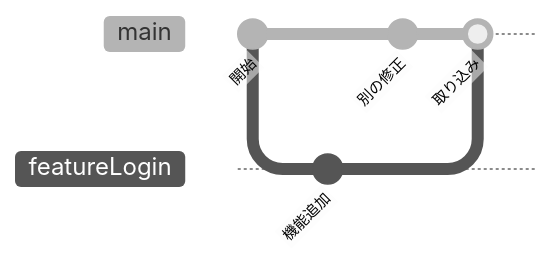
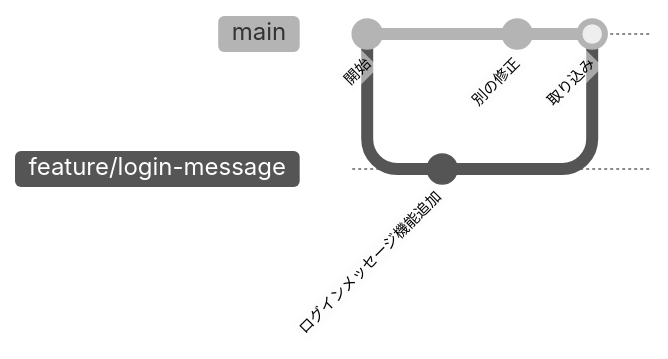
The second of 2 diagrams in docs/foundations/git/concepts.mdx (skphotograph/tech-map), drawn with Mermaid (neutral theme) before and after one commit. The commit also changed other lines of this file, not shown here.

````diff
--- a/docs/foundations/git/concepts.mdx
+++ b/docs/foundations/git/concepts.mdx
@@ -109,10 +111,10 @@
 ```mermaid
 gitGraph
   commit id: "開始"
-  branch featureLogin
-  checkout featureLogin
-  commit id: "機能追加"
+  branch feature/login-message
+  checkout feature/login-message
+  commit id: "ログインメッセージ機能追加"
   checkout main
   commit id: "別の修正"
-  merge featureLogin id: "取り込み"
+  merge feature/login-message id: "取り込み"
 ```
````
